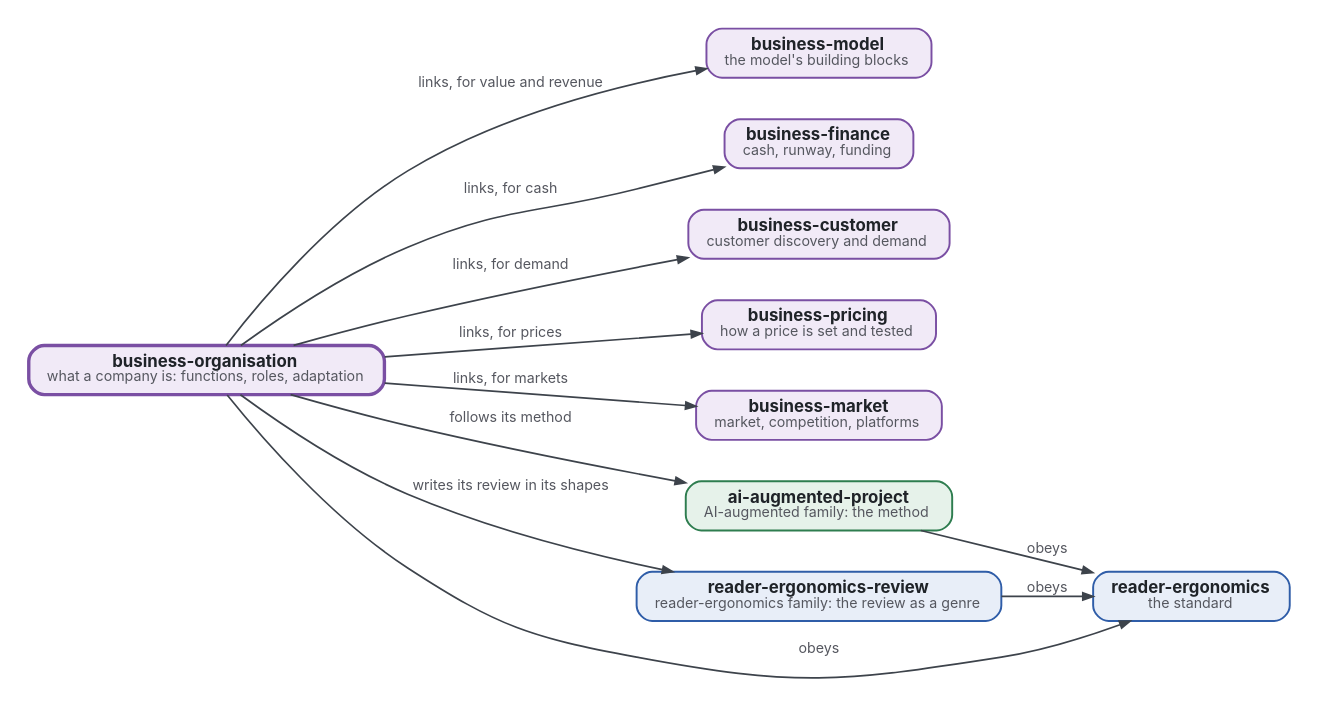
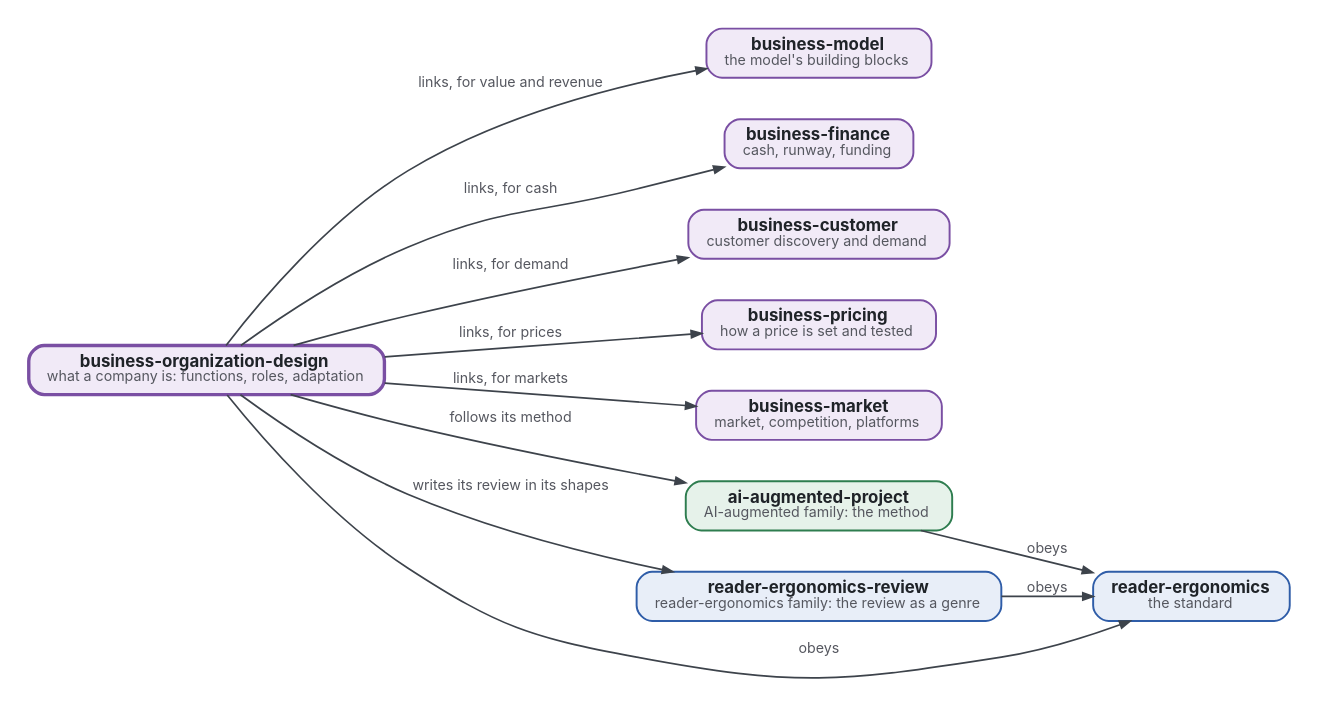
The diagram in where-it-sits.dot (Tewf/business-organization-design), drawn with Graphviz before and after one commit. The commit also changed 11 other files, not shown here.

First line of the commit message:
Rename the repository business-organization-design

```diff
--- a/where-it-sits.dot
+++ b/where-it-sits.dot
@@ -1,25 +1,25 @@
-// Where business-organisation sits. Colours: business family purple, AI-augmented family green, reader-ergonomics family blue; this repository has the thick border.
+// Where business-organization-design sits. Colours: business family purple, AI-augmented family green, reader-ergonomics family blue; this repository has the thick border.
 digraph where_it_sits {
   graph [rankdir=LR, nodesep=0.45, ranksep=0.5, bgcolor="white", pad=0.2, fontname="Inter"];
   node  [shape=box, style="rounded,filled", fontname="Inter", fontsize=13, margin="0.2,0.1", penwidth=1.5, fontcolor="#1F2328"];
   edge  [fontname="Inter", fontsize=11, color="#3D434B", fontcolor="#55575F", penwidth=1.3, arrowsize=0.8];
-  ME [label=<<b>business-organisation</b><br/><font point-size="11" color="#55575F">what a company is: functions, roles, adaptation</font>>, fillcolor="#F1EAF7", color="#7A4FA3", penwidth=2.6];
+  ME [label=<<b>business-organization-design</b><br/><font point-size="11" color="#55575F">what a company is: functions, roles, adaptation</font>>, fillcolor="#F1EAF7", color="#7A4FA3", penwidth=2.6];
   business_model [label=<<b>business-model</b><br/><font point-size="11" color="#55575F">the model's building blocks</font>>, fillcolor="#F1EAF7", color="#7A4FA3"];
   business_finance [label=<<b>business-finance</b><br/><font point-size="11" color="#55575F">cash, runway, funding</font>>, fillcolor="#F1EAF7", color="#7A4FA3"];
   business_customer [label=<<b>business-customer</b><br/><font point-size="11" color="#55575F">customer discovery and demand</font>>, fillcolor="#F1EAF7", color="#7A4FA3"];
   business_pricing [label=<<b>business-pricing</b><br/><font point-size="11" color="#55575F">how a price is set and tested</font>>, fillcolor="#F1EAF7", color="#7A4FA3"];
   business_market [label=<<b>business-market</b><br/><font point-size="11" color="#55575F">market, competition, platforms</font>>, fillcolor="#F1EAF7", color="#7A4FA3"];
   AP [label=<<b>ai-augmented-project</b><br/><font point-size="11" color="#55575F">AI-augmented family: the method</font>>, fillcolor="#E6F2EA", color="#2E7D4F"];
   RV [label=<<b>reader-ergonomics-review</b><br/><font point-size="11" color="#55575F">reader-ergonomics family: the review as a genre</font>>, fillcolor="#E8EEF8", color="#2F5DA8"];
   RE [label=<<b>reader-ergonomics</b><br/><font point-size="11" color="#55575F">the standard</font>>, fillcolor="#E8EEF8", color="#2F5DA8"];
   ME -> business_model [label=" links, for value and revenue"];
   ME -> business_finance [label=" links, for cash"];
   ME -> business_customer [label=" links, for demand"];
   ME -> business_pricing [label=" links, for prices"];
   ME -> business_market [label=" links, for markets"];
   ME -> AP [label=" follows its method"];
   ME -> RV [label=" writes its review in its shapes"];
   AP -> RE [label=" obeys"];
   RV -> RE [label=" obeys"];
   ME -> RE [label=" obeys"];
 }
```
